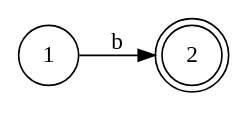
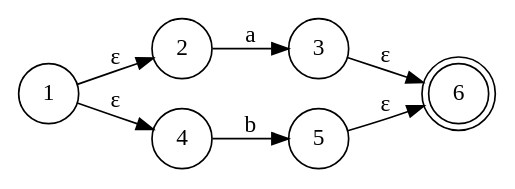
Before and after one commit to josepablito16/Regex-Engine: the diagram in Entrega final/fsm.gv, drawn with Graphviz. The commit also changed 4 other files, not shown here.

```diff
--- a/Entrega final/fsm.gv
+++ b/Entrega final/fsm.gv
@@ -1,7 +1,12 @@
 digraph finite_state_machine {
 	rankdir=LR size="8,5"
 	node [shape=doublecircle]
-	2
+	6
 	node [shape=circle]
-	1 -> 2 [label=b]
+	1 -> 2 [label="ε"]
+	1 -> 4 [label="ε"]
+	4 -> 5 [label=b]
+	5 -> 6 [label="ε"]
+	2 -> 3 [label=a]
+	3 -> 6 [label="ε"]
 }
```
